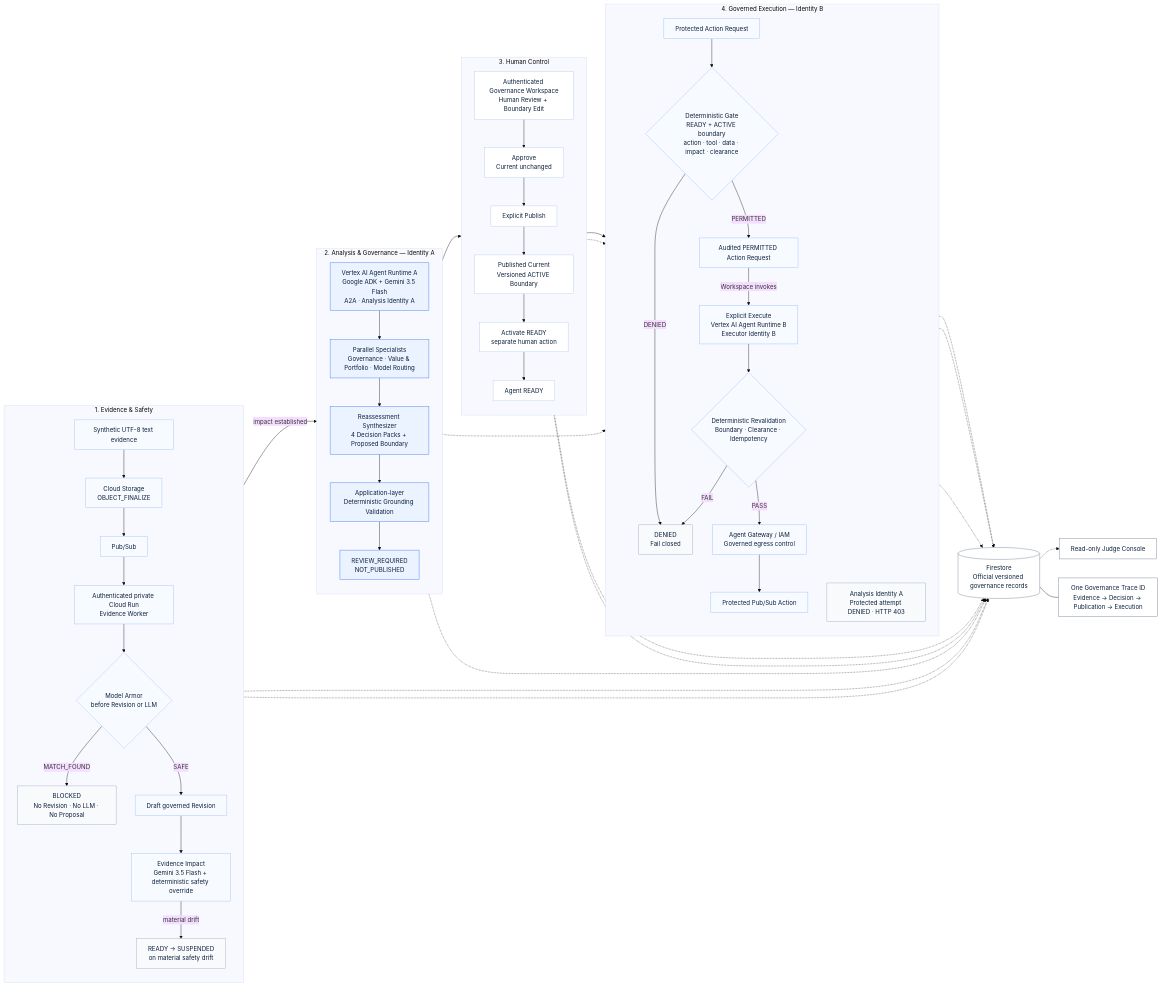
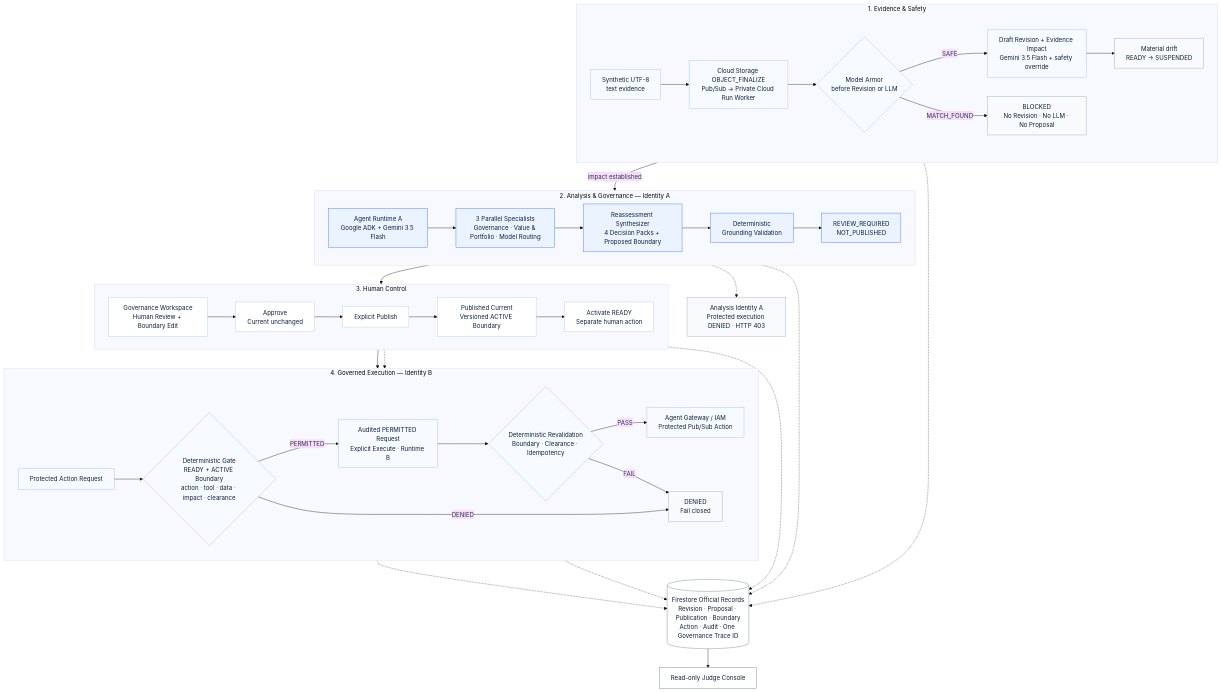
The diagram in README.md (solidfdn/readinessops-agent-fleet-governance), drawn with Mermaid (base theme) before and after one commit. The commit also changed 1 other file, not shown here.

Commit message:
Improve Mermaid architecture readability

````diff
--- a/README.md
+++ b/README.md
@@ -229,85 +229,69 @@
 ```mermaid
-flowchart LR
+flowchart TB
   subgraph E["1. Evidence & Safety"]
-    direction TB
-    EV["Synthetic UTF-8 text evidence"]
-    GCS["Cloud Storage<br/>OBJECT_FINALIZE"]
-    PS["Pub/Sub"]
-    EW["Authenticated private Cloud Run<br/>Evidence Worker"]
+    direction LR
+    EV["Synthetic UTF-8<br/>text evidence"]
+    INGEST["Cloud Storage OBJECT_FINALIZE<br/>Pub/Sub → Private Cloud Run Worker"]
     MA{"Model Armor<br/>before Revision or LLM"}
-    BL["BLOCKED<br/>No Revision · No LLM · No Proposal"]
-    REV["Draft governed Revision"]
-    EI["Evidence Impact<br/>Gemini 3.5 Flash + deterministic safety override"]
-    SU["READY → SUSPENDED<br/>on material safety drift"]
-    EV --> GCS --> PS --> EW --> MA
-    MA -->|MATCH_FOUND| BL
-    MA -->|SAFE| REV
-    REV --> EI
-    EI -->|material drift| SU
+    IMP["Draft Revision + Evidence Impact<br/>Gemini 3.5 Flash + safety override"]
+    BLOCK["BLOCKED<br/>No Revision · No LLM · No Proposal"]
+    SUSP["Material drift<br/>READY → SUSPENDED"]
+    EV --> INGEST --> MA
+    MA -->|SAFE| IMP
+    MA -->|MATCH_FOUND| BLOCK
+    IMP --> SUSP
   end
 
   subgraph A["2. Analysis & Governance — Identity A"]
-    direction TB
-    RTA["Vertex AI Agent Runtime A<br/>Google ADK + Gemini 3.5 Flash<br/>A2A · Analysis Identity A"]
-    SP["Parallel Specialists<br/>Governance · Value & Portfolio · Model Routing"]
-    SY["Reassessment Synthesizer<br/>4 Decision Packs + Proposed Boundary"]
-    GV["Application-layer<br/>Deterministic Grounding Validation"]
+    direction LR
+    RTA["Agent Runtime A<br/>Google ADK + Gemini 3.5 Flash"]
+    SP["3 Parallel Specialists<br/>Governance · Value & Portfolio · Model Routing"]
+    SYN["Reassessment Synthesizer<br/>4 Decision Packs + Proposed Boundary"]
+    GV["Deterministic<br/>Grounding Validation"]
     PROP["REVIEW_REQUIRED<br/>NOT_PUBLISHED"]
-    RTA --> SP --> SY --> GV --> PROP
+    RTA --> SP --> SYN --> GV --> PROP
   end
 
   subgraph H["3. Human Control"]
-    direction TB
-    WS["Authenticated Governance Workspace<br/>Human Review + Boundary Edit"]
-    AP["Approve<br/>Current unchanged"]
+    direction LR
+    WS["Governance Workspace<br/>Human Review + Boundary Edit"]
+    APP["Approve<br/>Current unchanged"]
     PUB["Explicit Publish"]
     BND["Published Current<br/>Versioned ACTIVE Boundary"]
-    ACTV["Activate READY<br/>separate human action"]
-    READY["Agent READY"]
-    WS --> AP --> PUB --> BND --> ACTV --> READY
+    READY["Activate READY<br/>Separate human action"]
+    WS --> APP --> PUB --> BND --> READY
   end
 
   subgraph X["4. Governed Execution — Identity B"]
-    direction TB
+    direction LR
     REQ["Protected Action Request"]
-    GATE{"Deterministic Gate<br/>READY + ACTIVE boundary<br/>action · tool · data · impact · clearance"}
+    GATE{"Deterministic Gate<br/>READY + ACTIVE Boundary<br/>action · tool · data · impact · clearance"}
+    EXEC["Audited PERMITTED Request<br/>Explicit Execute · Runtime B"]
+    REVAL{"Deterministic Revalidation<br/>Boundary · Clearance · Idempotency"}
+    ACTION["Agent Gateway / IAM<br/>Protected Pub/Sub Action"]
     DENY["DENIED<br/>Fail closed"]
-    AR["Audited PERMITTED Action Request"]
-    RTB["Explicit Execute<br/>Vertex AI Agent Runtime B<br/>Executor Identity B"]
-    REVAL{"Deterministic Revalidation<br/>Boundary · Clearance · Idempotency"}
-    GW["Agent Gateway / IAM<br/>Governed egress control"]
-    PA["Protected Pub/Sub Action"]
-    IAD["Analysis Identity A<br/>Protected attempt DENIED · HTTP 403"]
     REQ --> GATE
+    GATE -->|PERMITTED| EXEC --> REVAL
+    REVAL -->|PASS| ACTION
     GATE -->|DENIED| DENY
-    GATE -->|PERMITTED| AR
-    AR -->|Workspace invokes| RTB
-    RTB --> REVAL
     REVAL -->|FAIL| DENY
-    REVAL -->|PASS| GW
-    GW --> PA
   end
 
-  EI -->|impact established| RTA
+  IMP -->|impact established| RTA
   PROP --> WS
   READY --> REQ
   BND -.-> GATE
-  RTA -.-> IAD
+  RTA -.-> IAD["Analysis Identity A<br/>Protected execution DENIED · HTTP 403"]
 
-  FS[(Firestore<br/>Official versioned governance records)]
+  FS[("Firestore Official Records<br/>Revision · Proposal · Publication · Boundary<br/>Action · Audit · One Governance Trace ID")]
   JUDGE["Read-only Judge Console"]
-  TRACE["One Governance Trace ID<br/>Evidence → Decision → Publication → Execution"]
 
-  EW -.-> FS
-  REV -.-> FS
+  IMP -.-> FS
   PROP -.-> FS
-  WS -.-> FS
   PUB -.-> FS
   GATE -.-> FS
-  AR -.-> FS
-  REVAL -.-> FS
-  FS -.-> JUDGE
-  FS --- TRACE
+  ACTION -.-> FS
+  FS --> JUDGE
 
   classDef security fill:#F7FAFF,stroke:#9ABCF2,color:#0B1F3A;
   classDef blocked fill:#F8FAFC,stroke:#94A3B8,color:#0B1F3A;
@@ -316,10 +300,10 @@
   classDef execution fill:#F7FAFF,stroke:#8FB8FF,color:#0B1F3A;
   classDef record fill:#FFFFFF,stroke:#64748B,color:#0B1F3A;
 
-  class EV,GCS,PS,EW,MA,REV,EI security;
-  class BL,SU,DENY,IAD blocked;
-  class RTA,SP,SY,GV,PROP governance;
-  class WS,AP,PUB,BND,ACTV,READY human;
-  class REQ,GATE,AR,RTB,REVAL,GW,PA execution;
-  class FS,JUDGE,TRACE record;
+  class EV,INGEST,MA,IMP security;
+  class BLOCK,SUSP,DENY,IAD blocked;
+  class RTA,SP,SYN,GV,PROP governance;
+  class WS,APP,PUB,BND,READY human;
+  class REQ,GATE,EXEC,REVAL,ACTION execution;
+  class FS,JUDGE record;
 ```
````
